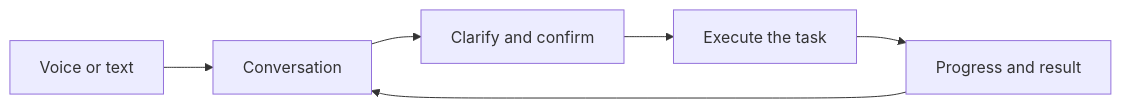
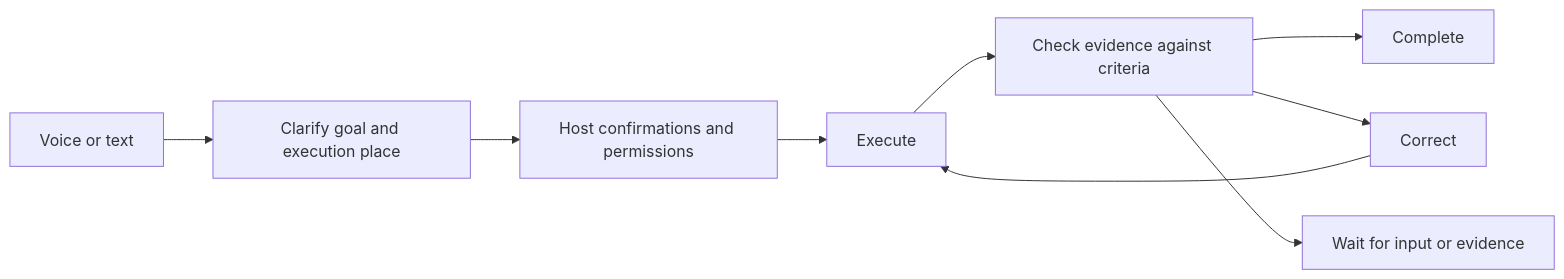
Before and after one commit to deepnovacore/NovaAudioAgent: the diagram in docs/en/architecture.md, drawn with Mermaid. The commit also changed other lines of this file and 11 other files, not shown here.

Commit message:
docs: refresh personal agent README and architecture overview

````diff
--- a/docs/en/architecture.md
+++ b/docs/en/architecture.md
@@ -9,8 +15,11 @@
 ```mermaid
 flowchart LR
-  U[Voice or text] --> N[Conversation]
-  N --> C[Clarify and confirm]
-  C --> E[Execute the task]
-  E --> R[Progress and result]
-  R --> N
+  U[Voice or text] --> C[Clarify goal and execution place]
+  C --> H[Host confirmations and permissions]
+  H --> E[Execute]
+  E --> V[Check evidence against criteria]
+  V --> D[Complete]
+  V --> R[Correct]
+  V --> W[Wait for input or evidence]
+  R --> E
 ```
````
